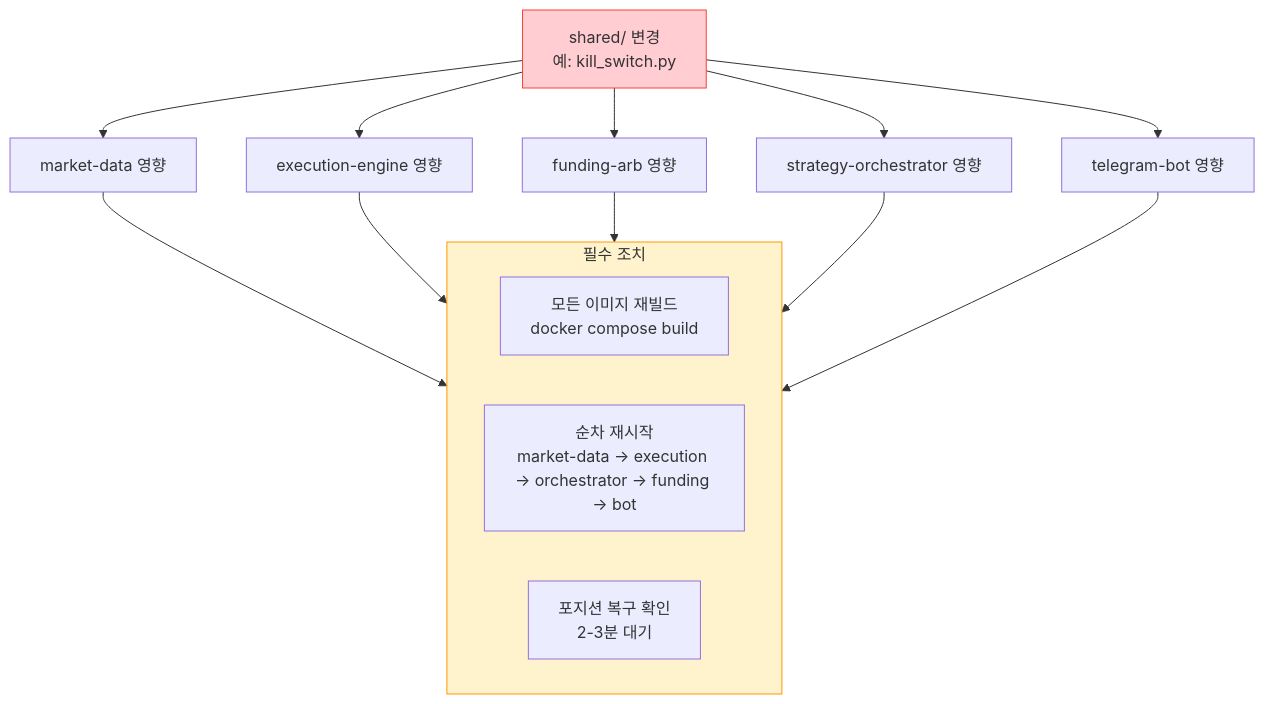
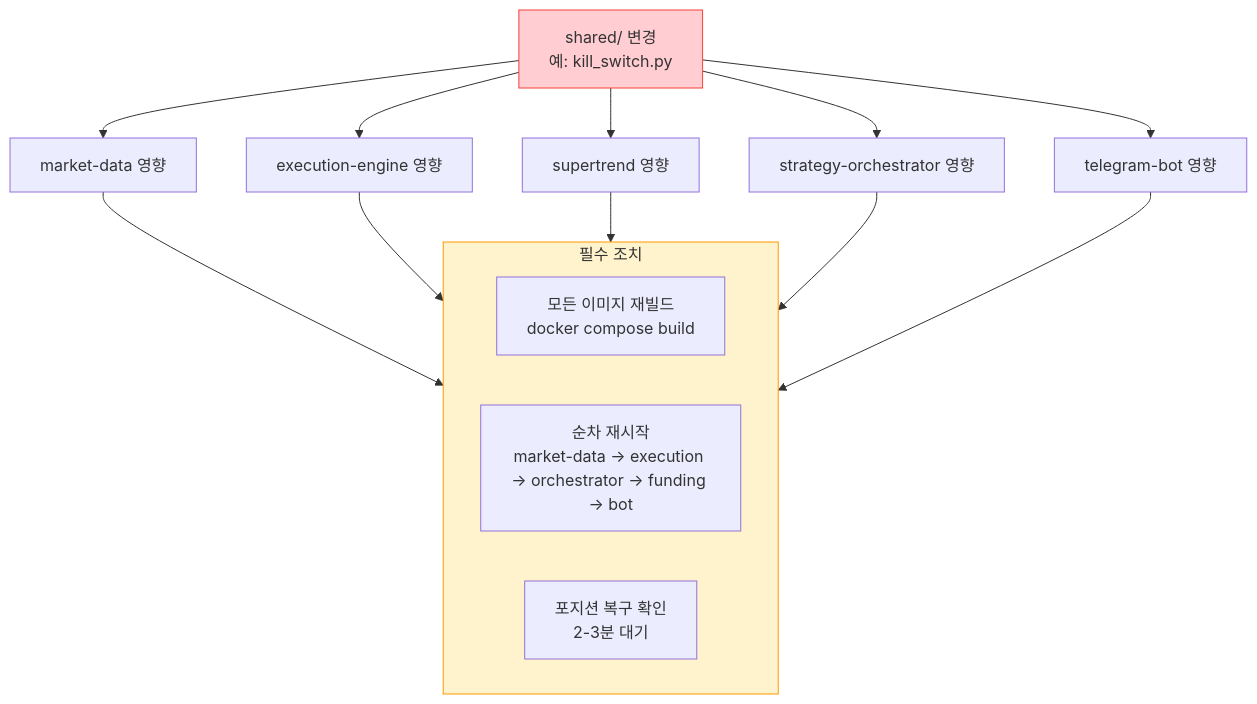
Before and after one commit to Justant-source/Bit-Mania: the third of 4 diagrams in docs/policies/deployment-position.md, drawn with Mermaid. The commit also changed other lines of this file and 34 other files, not shown here.

````diff
--- a/docs/policies/deployment-position.md
+++ b/docs/policies/deployment-position.md
@@ -186,24 +186,24 @@
 ```mermaid
 graph TD
     A["shared/ 변경<br>예: kill_switch.py"]
     A --> B["market-data 영향"]
     A --> C["execution-engine 영향"]
-    A --> D["funding-arb 영향"]
+    A --> D["supertrend 영향"]
     A --> E["strategy-orchestrator 영향"]
     A --> F["telegram-bot 영향"]
     
     subgraph Action["필수 조치"]
         G["모든 이미지 재빌드<br>docker compose build"]
         H["순차 재시작<br>market-data → execution → orchestrator → funding → bot"]
         I["포지션 복구 확인<br>2-3분 대기"]
     end
     
     B --> Action
     C --> Action
     D --> Action
     E --> Action
     F --> Action
     
     style Action fill:#fff3cd,stroke:#ff9800
     style A fill:#ffcdd2,stroke:#f44336
 ```
````
